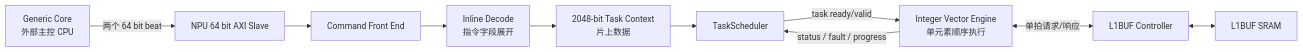
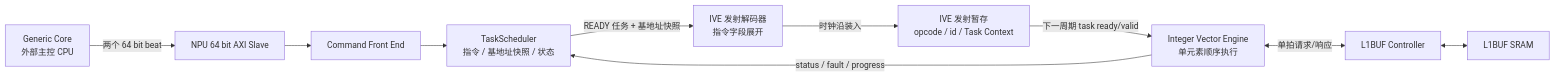
One commit to Little-W/Obsidian changed the eighth of 17 diagrams in NPU/NPU 指令与硬件架构设计 Spec.md. Above: the diagram before and after it, drawn with Mermaid. The commit also changed other lines of this file, not shown here.

````diff
--- a/NPU/NPU 指令与硬件架构设计 Spec.md
+++ b/NPU/NPU 指令与硬件架构设计 Spec.md
@@ -2986,22 +3003,22 @@
 ```mermaid
 flowchart LR
     GC["Generic Core<br/>外部主控 CPU"]
     AXIS["NPU 64 bit AXI Slave"]
     CFE["Command Front End"]
-    DEC["Inline Decode<br/>指令字段展开"]
-    CTX["2048-bit Task Context<br/>片上数据"]
-    TS["TaskScheduler"]
+    TS["TaskScheduler<br/>指令 / 基地址快照 / 状态"]
+    DEC["IVE 发射解码器<br/>指令字段展开"]
+    STG["IVE 发射暂存<br/>opcode / id / Task Context"]
     IVE["Integer Vector Engine<br/>单元素顺序执行"]
     L1C["L1BUF Controller"]
     L1["L1BUF SRAM"]
 
     GC -->|"两个 64 bit beat"| AXIS
     AXIS --> CFE
-    CFE --> DEC
-    DEC --> CTX
-    CTX --> TS
-    TS -->|"task ready/valid"| IVE
+    CFE --> TS
+    TS -->|"READY 任务 + 基地址快照"| DEC
+    DEC -->|"时钟沿装入"| STG
+    STG -->|"下一周期 task ready/valid"| IVE
     IVE <-->|"单拍请求/响应"| L1C
     L1C <--> L1
     IVE -->|"status / fault / progress"| TS
 ```
````
